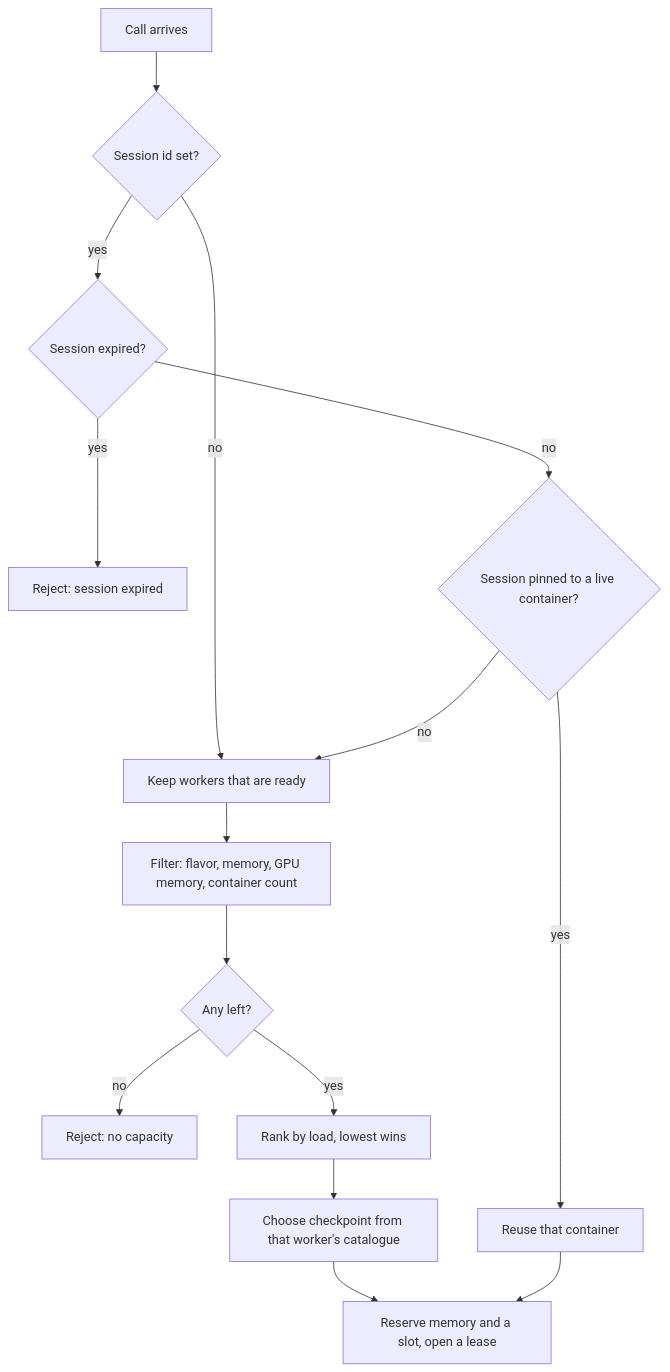
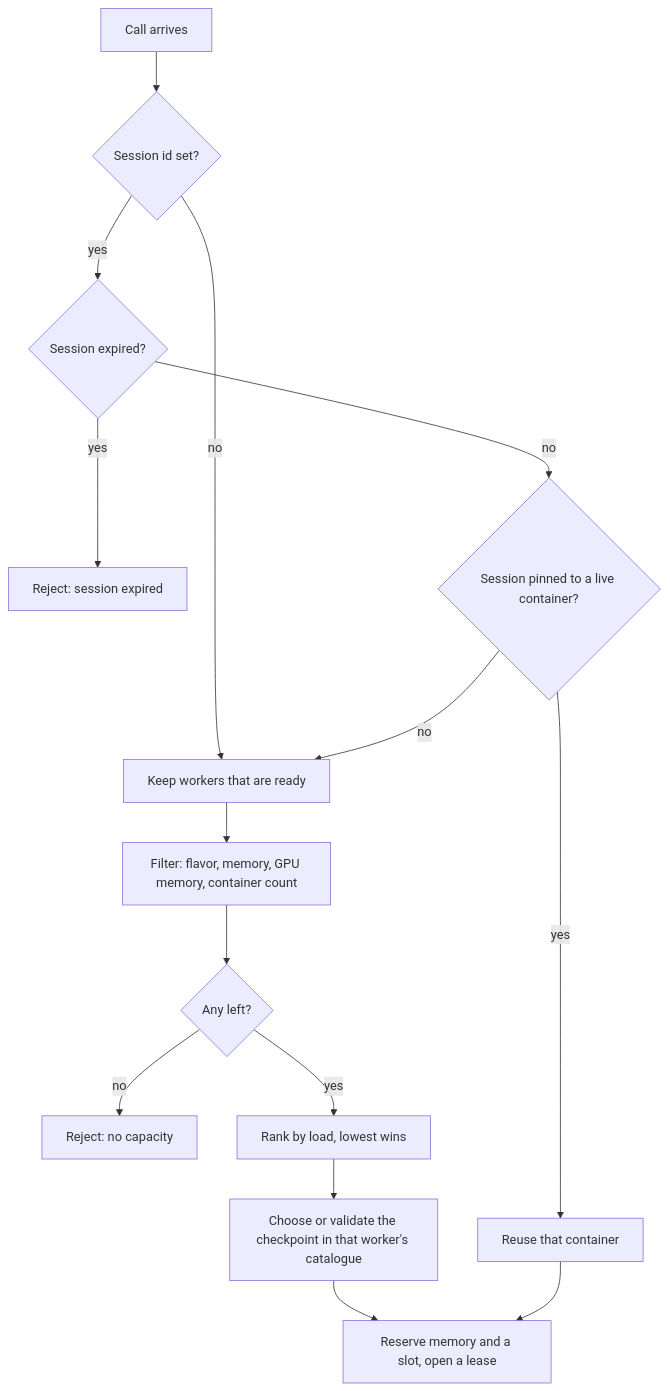
Before and after one commit to readie-project/readie: the diagram in docs/docs/architecture/placement.md, drawn with Mermaid. The commit also changed other lines of this file and 95 other files, not shown here.

````diff
--- a/docs/docs/architecture/placement.md
+++ b/docs/docs/architecture/placement.md
@@ -13,17 +13,17 @@
 ```mermaid
 flowchart TD
     A["Call arrives"] --> B{"Session id set?"}
     B -- "no" --> F
     B -- "yes" --> C{"Session expired?"}
     C -- "yes" --> X1["Reject: session expired"]
     C -- "no" --> D{"Session pinned to a live container?"}
     D -- "yes" --> W["Reuse that container"]
     D -- "no" --> F["Keep workers that are ready"]
     F --> G["Filter: flavor, memory, GPU memory, container count"]
     G --> H{"Any left?"}
     H -- "no" --> X2["Reject: no capacity"]
     H -- "yes" --> I["Rank by load, lowest wins"]
-    I --> J["Choose checkpoint from that worker's catalogue"]
+    I --> J["Choose or validate the checkpoint in that worker's catalogue"]
     J --> K["Reserve memory and a slot, open a lease"]
     W --> K
 ```
````
